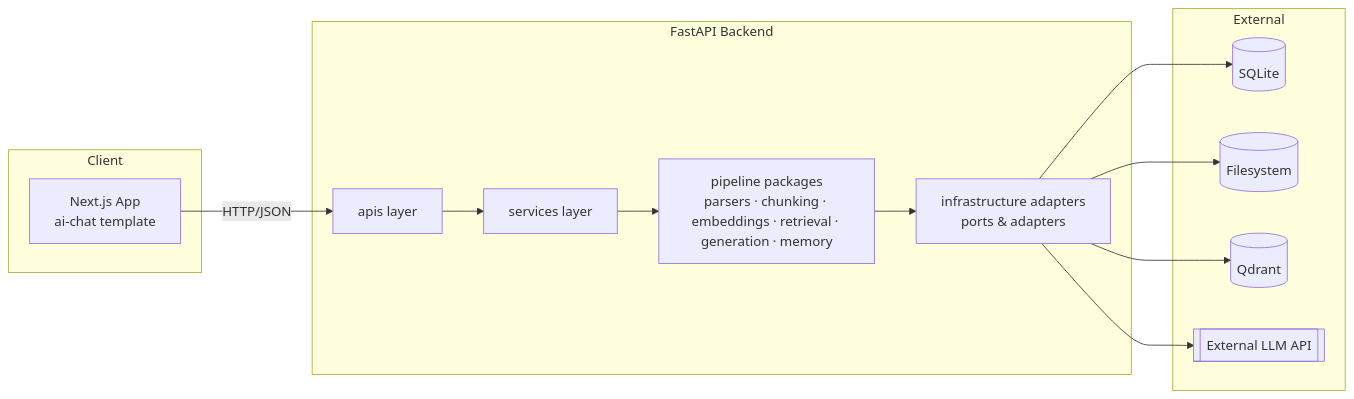
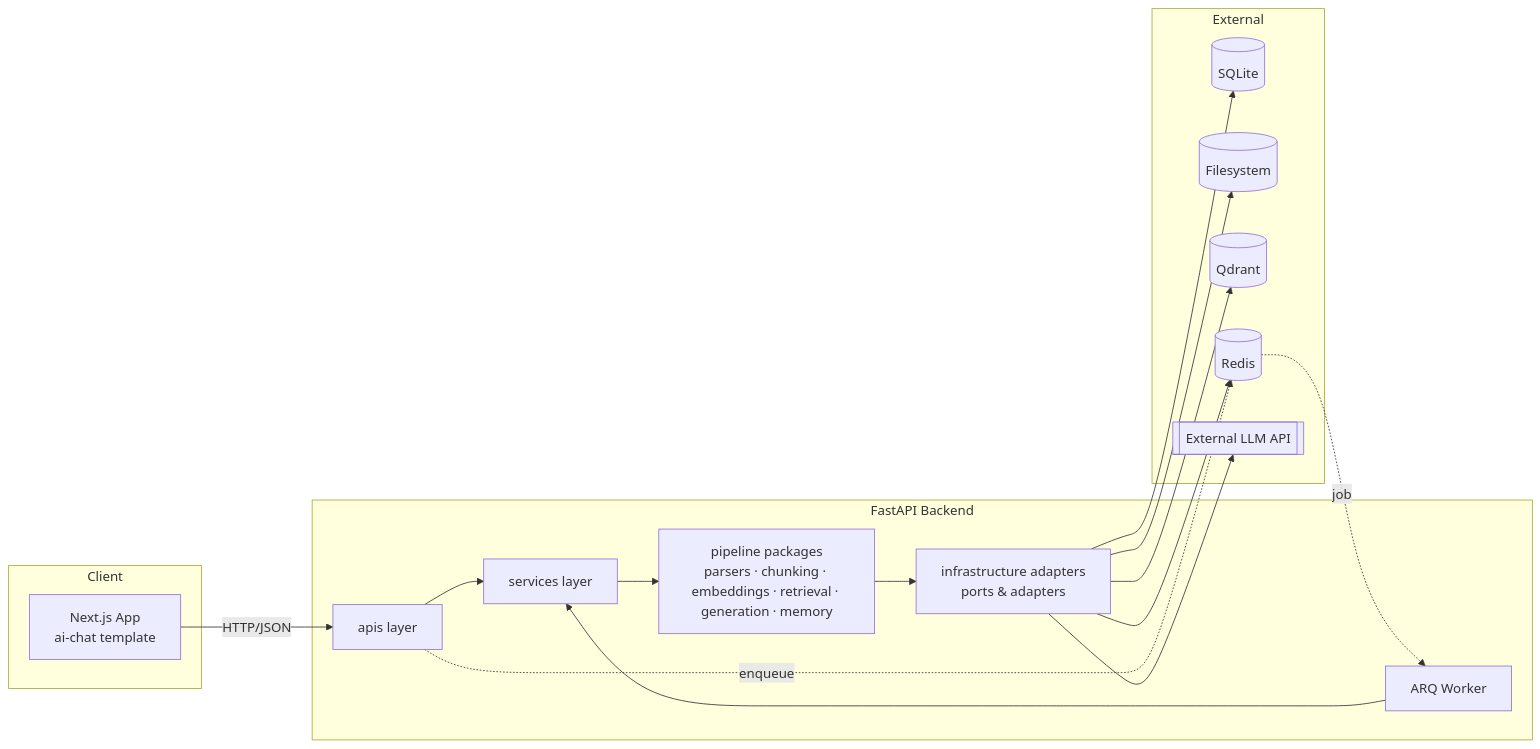
The diagram in docs/sdd.md (Abdelrhman941/MyRAG-Project), drawn with Mermaid before and after one commit. The commit also changed other lines of this file and 50 other files, not shown here.

First line of the commit message:
feat: Add Redis service for background job processing and implement SSE streaming for chat messages

````diff
--- a/docs/sdd.md
+++ b/docs/sdd.md
@@ -29,20 +29,25 @@
 ```mermaid
 flowchart LR
     subgraph Client
         UI[Next.js App<br/>ai-chat template]
     end
     subgraph Backend[FastAPI Backend]
         API[apis layer]
         SVC[services layer]
         PIPE[pipeline packages<br/>parsers · chunking · embeddings · retrieval · generation · memory]
         INFRA[infrastructure adapters<br/>ports & adapters]
+        WRK[ARQ Worker]
     end
     subgraph External
         DB[(SQLite)]
         FS[(Filesystem)]
         QD[(Qdrant)]
+        RD[(Redis)]
         LLM[[External LLM API]]
     end
     UI -->|HTTP/JSON| API --> SVC --> PIPE --> INFRA
-    INFRA --> DB & FS & QD & LLM
+    INFRA --> DB & FS & QD & RD & LLM
+    API -.->|enqueue| RD
+    RD -.->|job| WRK
+    WRK --> SVC
 ```
````
